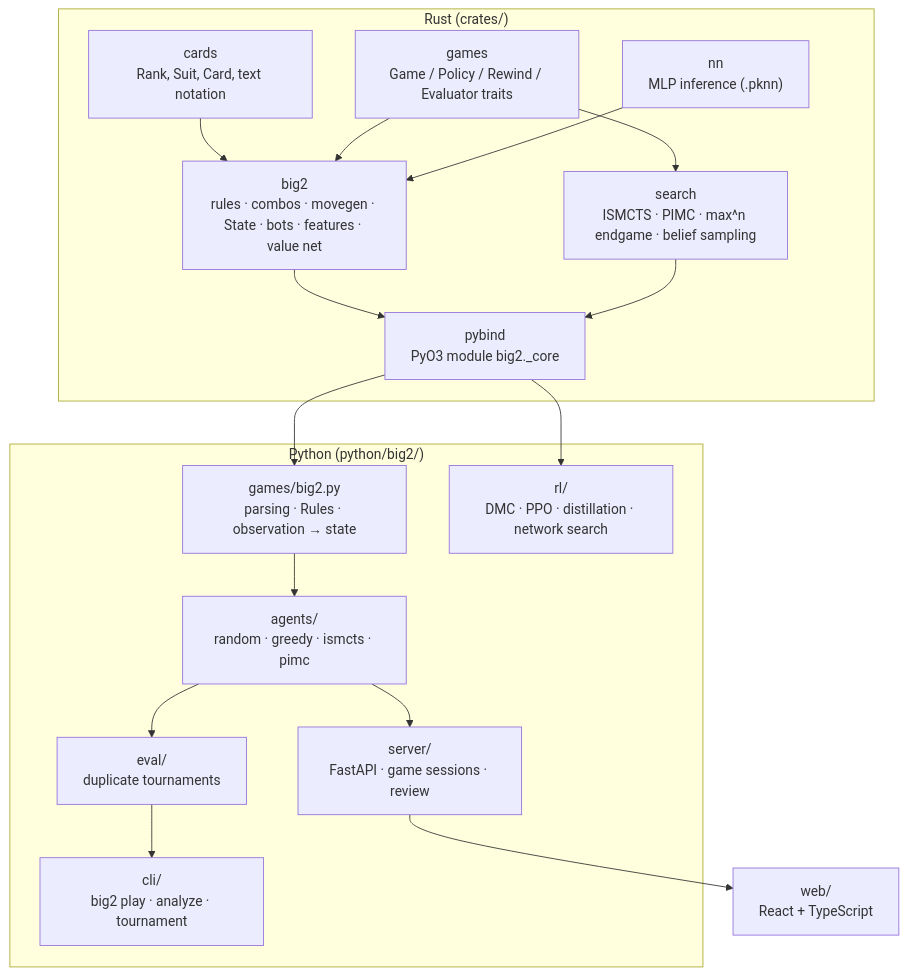
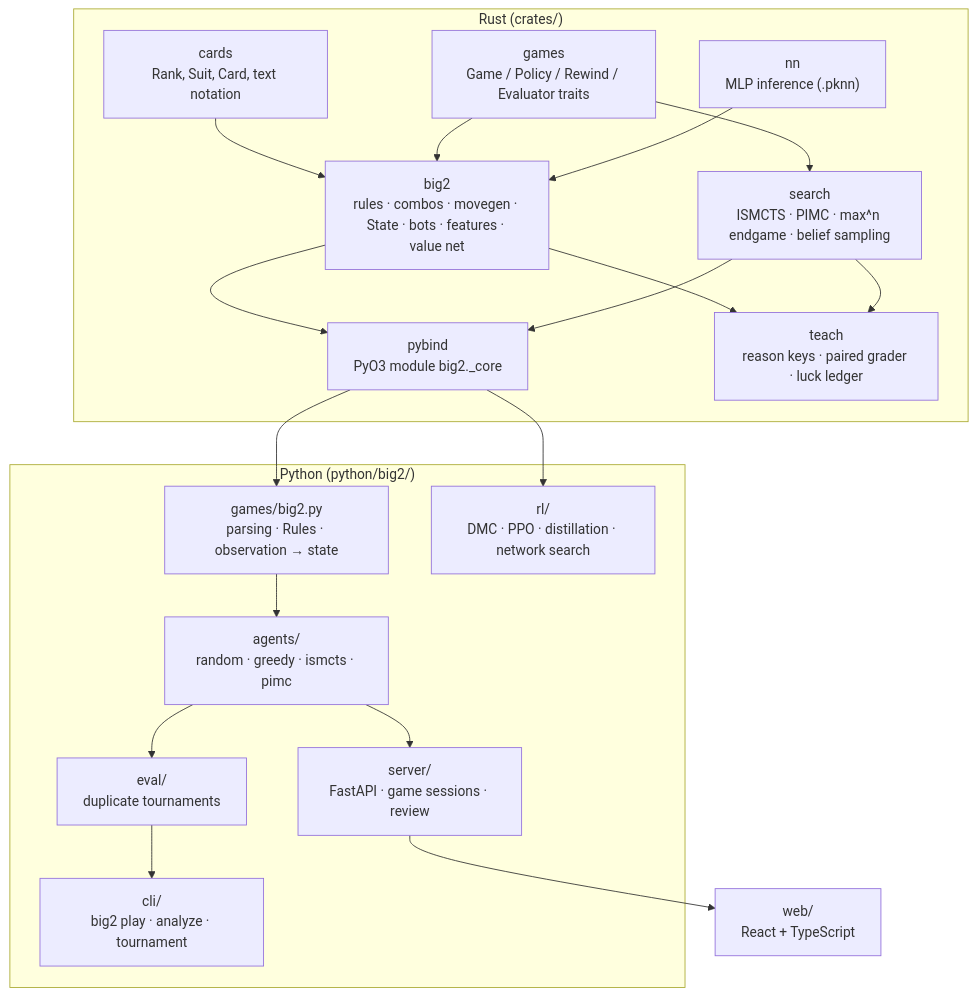
One commit to bpy13/big2 changed the diagram in docs/architecture.md. Above: the diagram before and after it, drawn with Mermaid. The commit also changed other lines of this file and 14 other files, not shown here.

First line of the commit message:
Tasks 26 and 27: big2-teach crate (reason keys, paired grader, luck ledger), audit and regrade runs

````diff
--- a/docs/architecture.md
+++ b/docs/architecture.md
@@ -3,29 +3,32 @@
 ```mermaid
 flowchart TB
     subgraph rust["Rust (crates/)"]
         cards["cards<br/>Rank, Suit, Card, text notation"]
         games["games<br/>Game / Policy / Rewind / Evaluator traits"]
         nn["nn<br/>MLP inference (.pknn)"]
         big2["big2<br/>rules · combos · movegen · State · bots · features · value net"]
         search["search<br/>ISMCTS · PIMC · max^n endgame · belief sampling"]
         pybind["pybind<br/>PyO3 module big2._core"]
+        teach["teach<br/>reason keys · paired grader · luck ledger"]
         cards --> big2
+        big2 --> teach
+        search --> teach
         games --> big2
         nn --> big2
         games --> search
         big2 --> pybind
         search --> pybind
     end
     subgraph py["Python (python/big2/)"]
         helpers["games/big2.py<br/>parsing · Rules · observation → state"]
         agents["agents/<br/>random · greedy · ismcts · pimc"]
         evalm["eval/<br/>duplicate tournaments"]
         cli["cli/<br/>big2 play · analyze · tournament"]
         server["server/<br/>FastAPI · game sessions · review"]
         rl["rl/<br/>DMC · PPO · distillation · network search"]
     end
     web["web/<br/>React + TypeScript"]
     pybind --> helpers --> agents --> evalm --> cli
     agents --> server --> web
     pybind --> rl
 ```
````
